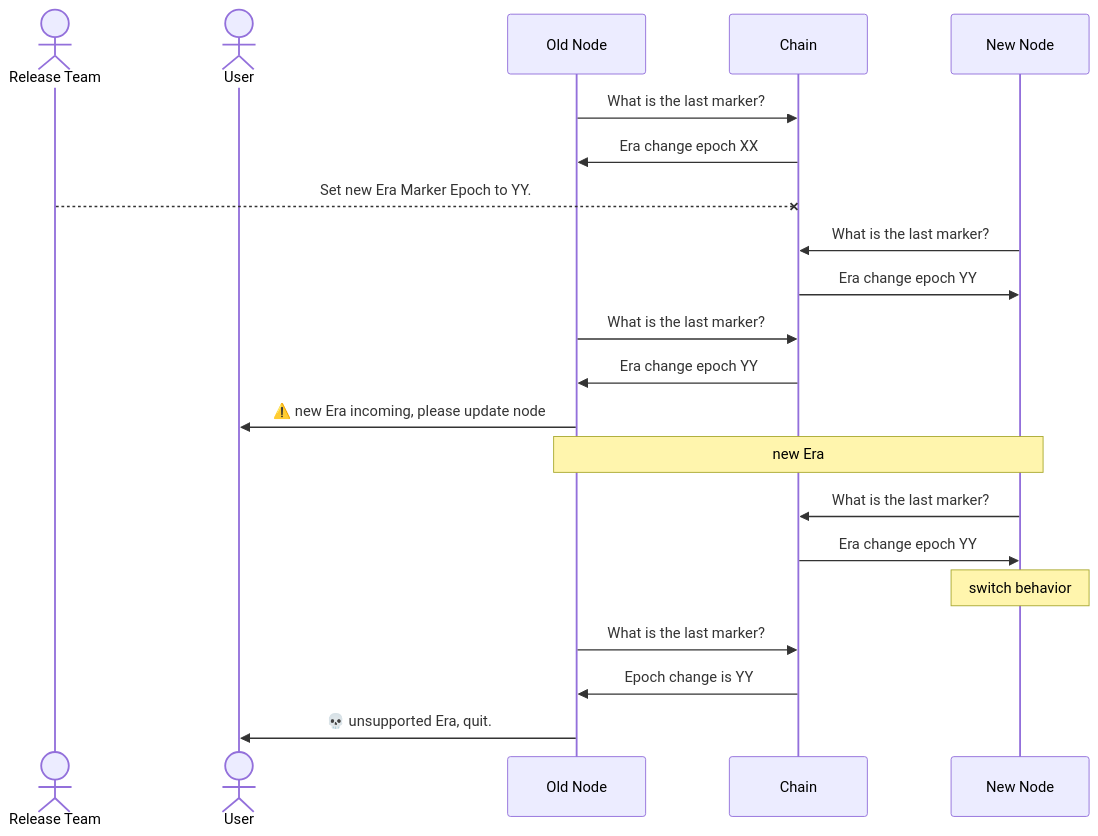
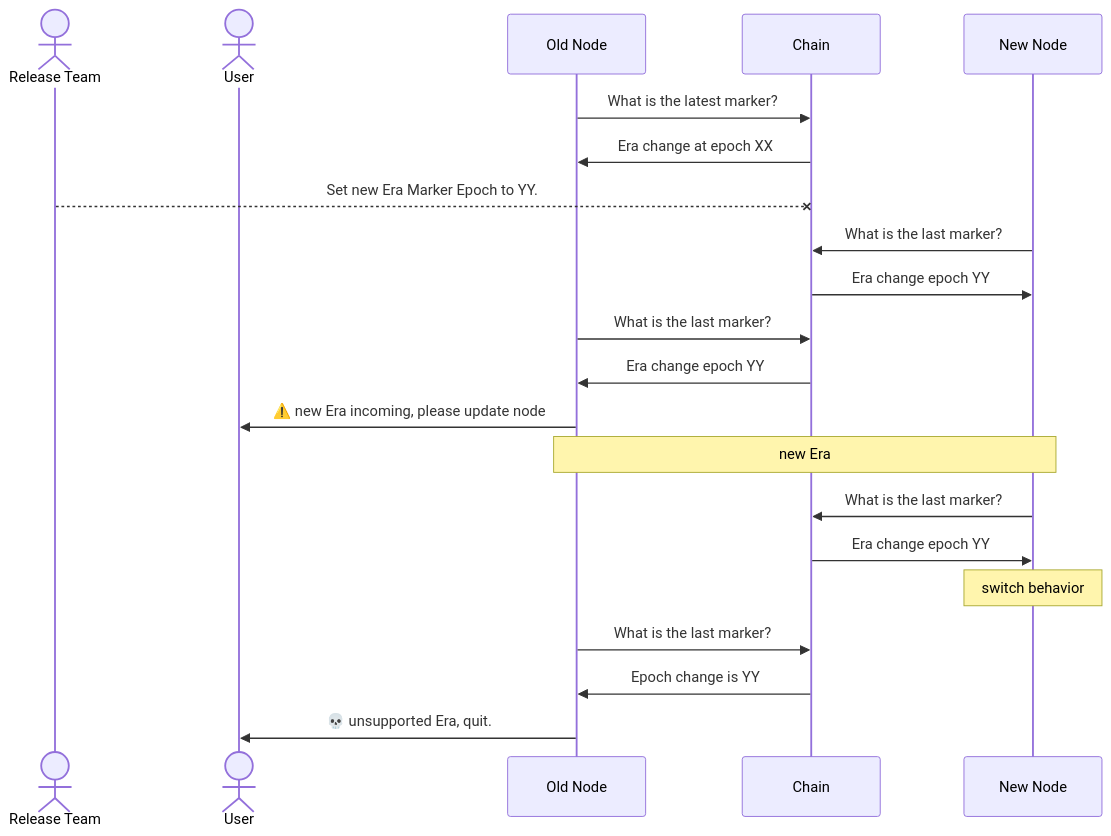
Before and after one commit to input-output-hk/mithril: the diagram in docs/adr/004-mithril-network-update-strategy.md, drawn with Mermaid. The commit also changed other lines of this file, not shown here.

````diff
--- a/docs/adr/004-mithril-network-update-strategy.md
+++ b/docs/adr/004-mithril-network-update-strategy.md
@@ -53,20 +53,20 @@
 ```mermaid
 sequenceDiagram
     actor Release Team
     actor User
-    Old Node->>Chain: What is the last marker?
-    Chain->>Old Node: Era change epoch XX
+    Old Node->>Chain: What is the latest marker?
+    Chain->>Old Node: Era change at epoch XX
     Release Team--xChain: Set new Era Marker Epoch to YY.
     New Node->>Chain: What is the last marker?
     Chain->>New Node: Era change epoch YY
     Old Node->>Chain: What is the last marker?
     Chain->>Old Node: Era change epoch YY
     Old Node->>User: ⚠️ new Era incoming, please update node
     Note over Old Node,New Node: new Era
     New Node->>Chain: What is the last marker?
     Chain->>New Node: Era change epoch YY
     Note over New Node: switch behavior
     Old Node->>Chain: What is the last marker?
     Chain->>Old Node: Epoch change is YY
     Old Node->>User: 💀 unsupported Era, quit.
 ```
````
